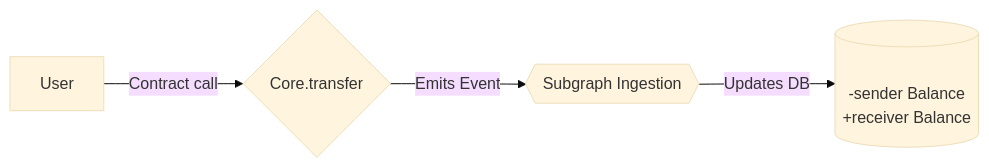
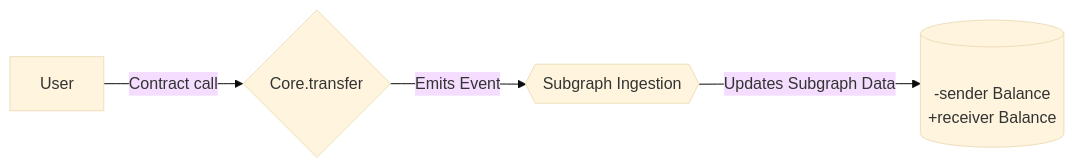
The second of 4 diagrams in docs/intro/layers/user-interaction.md (poolshark-protocol/docs), drawn with Mermaid (base theme) before and after one commit. The commit also changed other lines of this file and 4 other files, not shown here.

Commit message:
updated diagrams

````diff
--- a/docs/intro/layers/user-interaction.md
+++ b/docs/intro/layers/user-interaction.md
@@ -35,6 +36,6 @@
-    ```mermaid
-    graph LR
-        A[User] -->|Contract call| B{Core.transfer};
-        B -->|Emits Event| C{{Subgraph Ingestion}};
-        C -->|Updates DB| D[(<br/>-sender Balance<br/>+receiver Balance)];
-    ```
+        ```mermaid
+        graph LR
+            A[User] -->|Contract call| B{Core.transfer};
+            B -->|Emits Event| C{{Subgraph Ingestion}};
+            C -->|Updates Subgraph Data| D[(<br/>-sender Balance<br/>+receiver Balance)];
+        ```
````
